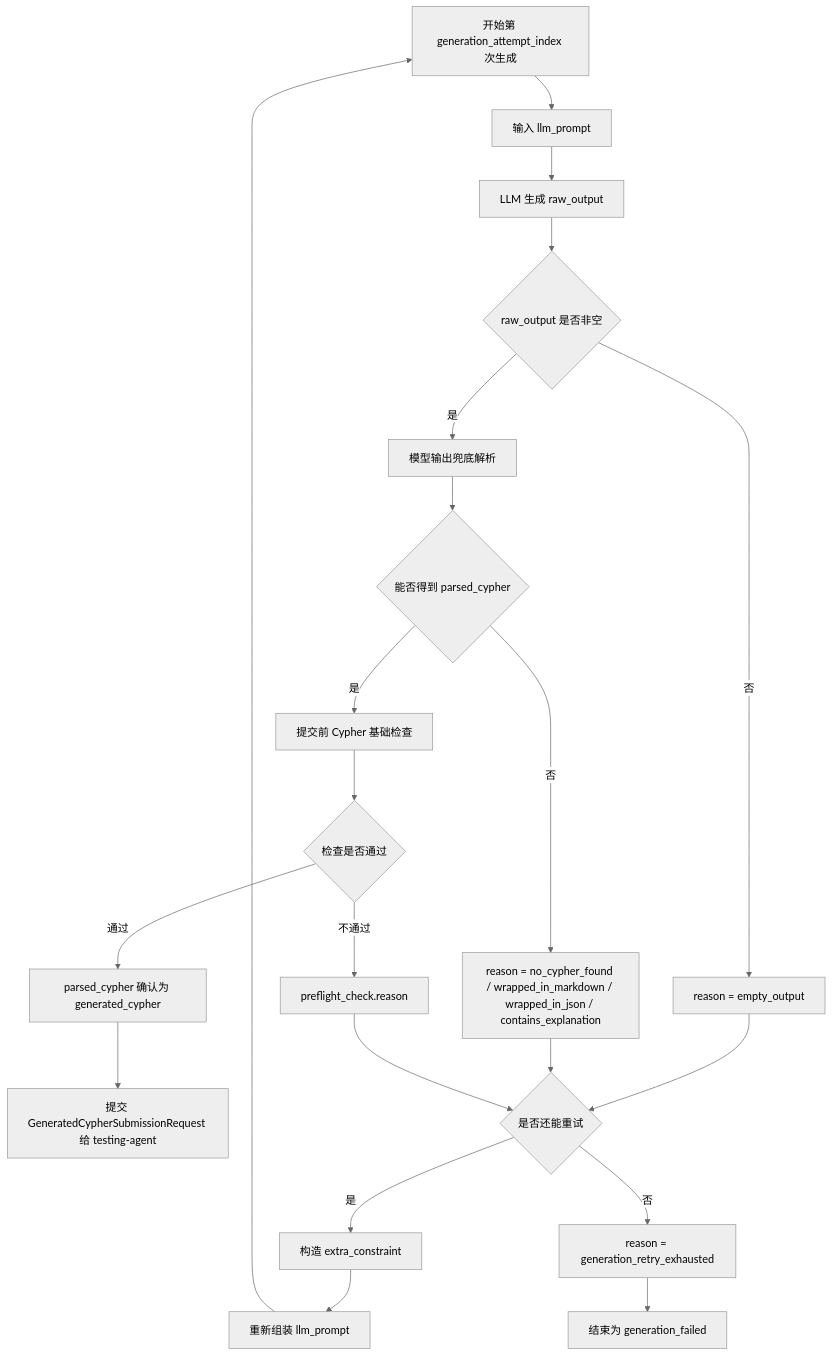
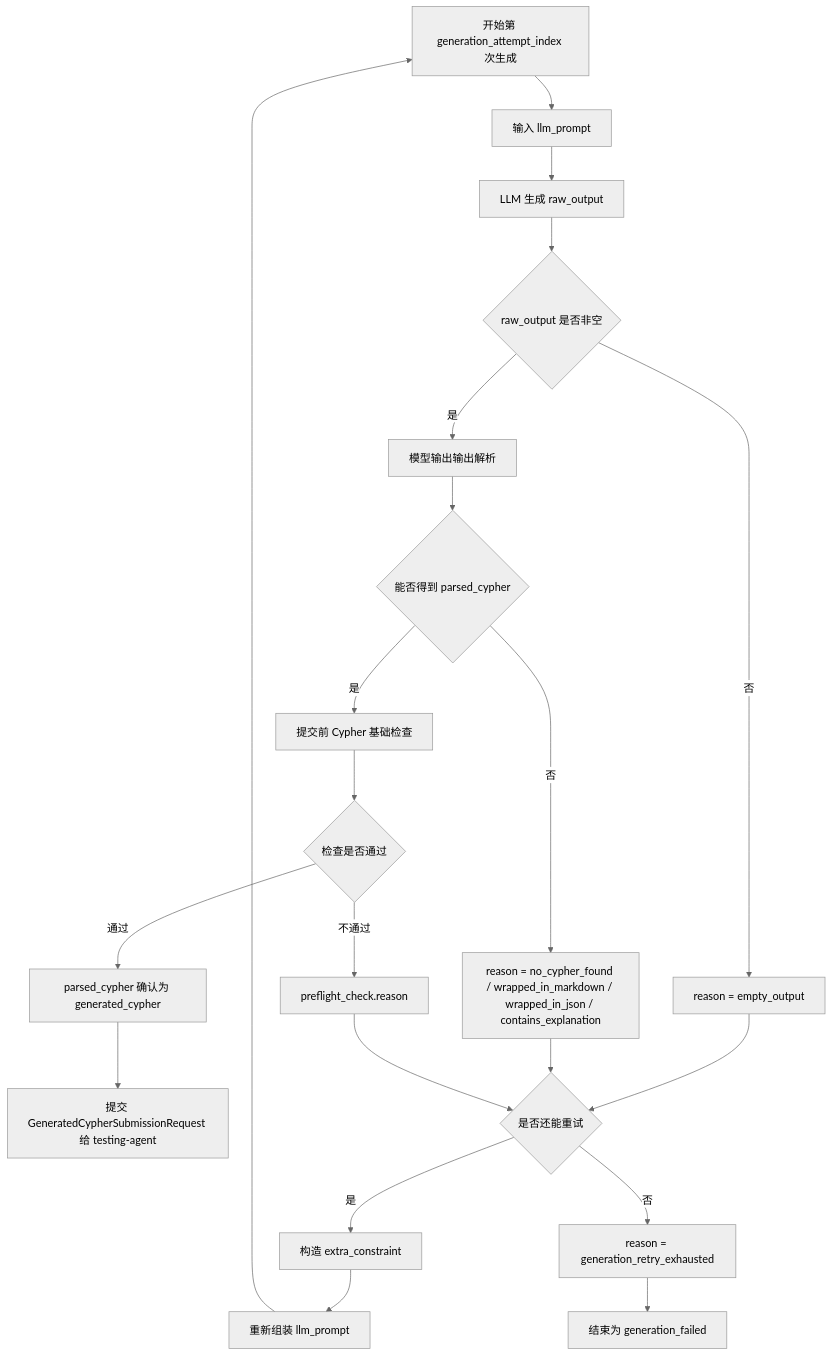
One commit to mangow0527/NL2Cypher changed the second of 2 diagrams in services/cypher_generator_agent/docs/cypher-generator-agent-design.md. Above: the diagram before and after it, drawn with Mermaid (neutral theme). The commit also changed other lines of this file and 114 other files, not shown here.

````diff
--- a/services/cypher_generator_agent/docs/cypher-generator-agent-design.md
+++ b/services/cypher_generator_agent/docs/cypher-generator-agent-design.md
@@ -456,27 +527,27 @@
 ```mermaid
 flowchart TD
     A["开始第 generation_attempt_index 次生成"] --> B["输入 llm_prompt"]
     B --> C["LLM 生成 raw_output"]
     C --> D{"raw_output 是否非空"}
     D -->|否| E["reason = empty_output"]
-    D -->|是| F["模型输出兜底解析"]
+    D -->|是| F["模型输出输出解析"]
 
     F --> G{"能否得到 parsed_cypher"}
     G -->|否| H["reason = no_cypher_found / wrapped_in_markdown / wrapped_in_json / contains_explanation"]
     G -->|是| I["提交前 Cypher 基础检查"]
 
     I --> J{"检查是否通过"}
     J -->|通过| K["parsed_cypher 确认为 generated_cypher"]
     K --> L["提交 GeneratedCypherSubmissionRequest 给 testing-agent"]
 
     J -->|不通过| M["preflight_check.reason"]
 
     E --> N{"是否还能重试"}
     H --> N
     M --> N
     N -->|是| O["构造 extra_constraint"]
     O --> P["重新组装 llm_prompt"]
     P --> A
     N -->|否| Q["reason = generation_retry_exhausted"]
     Q --> R["结束为 generation_failed"]
 ```
````
